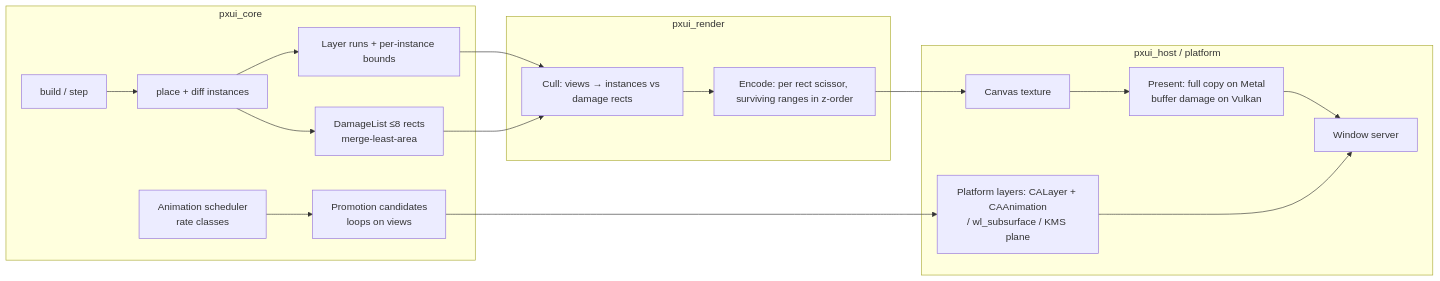
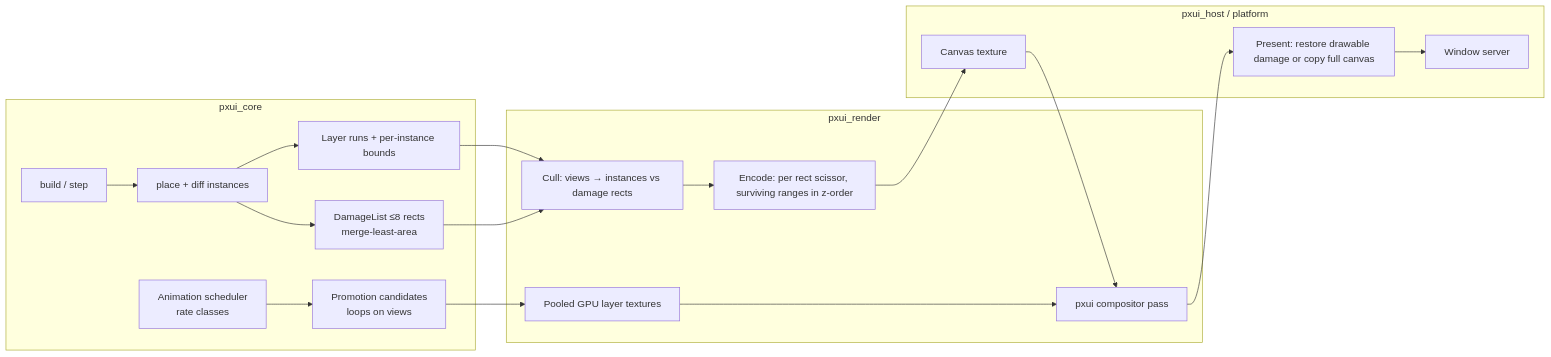
The diagram in docs/render-plan.md (olegpustovit/localwave), drawn with Mermaid before and after one commit. The commit also changed other lines of this file, not shown here.

Commit message:
[R7b.13] Update the render plan architecture for pxui composition

````diff
--- a/docs/render-plan.md
+++ b/docs/render-plan.md
@@ -156,21 +156,22 @@
 ```mermaid
 flowchart LR
   subgraph core[pxui_core]
     B[build / step] --> P[place + diff instances]
     P --> D[DamageList ≤8 rects<br/>merge-least-area]
     P --> L[Layer runs + per-instance bounds]
     A[Animation scheduler<br/>rate classes] --> PR[Promotion candidates<br/>loops on views]
   end
   subgraph render[pxui_render]
     L --> C[Cull: views → instances vs damage rects]
     D --> C
     C --> E[Encode: per rect scissor, surviving ranges in z-order]
+    PR --> LT[Pooled GPU layer textures]
+    LT --> CP[pxui compositor pass]
   end
   subgraph host[pxui_host / platform]
     E --> CV[Canvas texture]
-    CV --> PD[Present: full copy on Metal<br/>buffer damage on Vulkan]
-    PR --> CA[Platform layers: CALayer + CAAnimation<br/>/ wl_subsurface / KMS plane]
+    CV --> CP
+    CP --> PD[Present: restore drawable damage or copy full canvas]
     PD --> W[Window server]
-    CA --> W
   end
 ```
````
